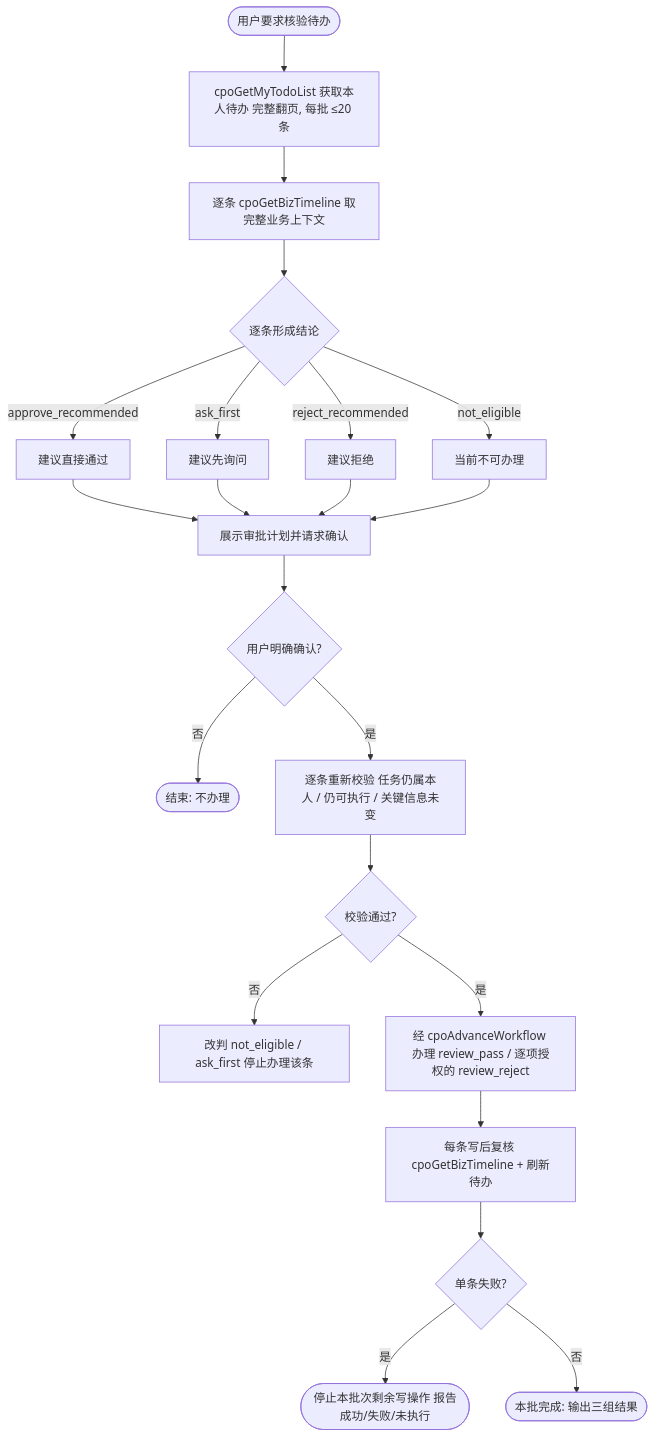
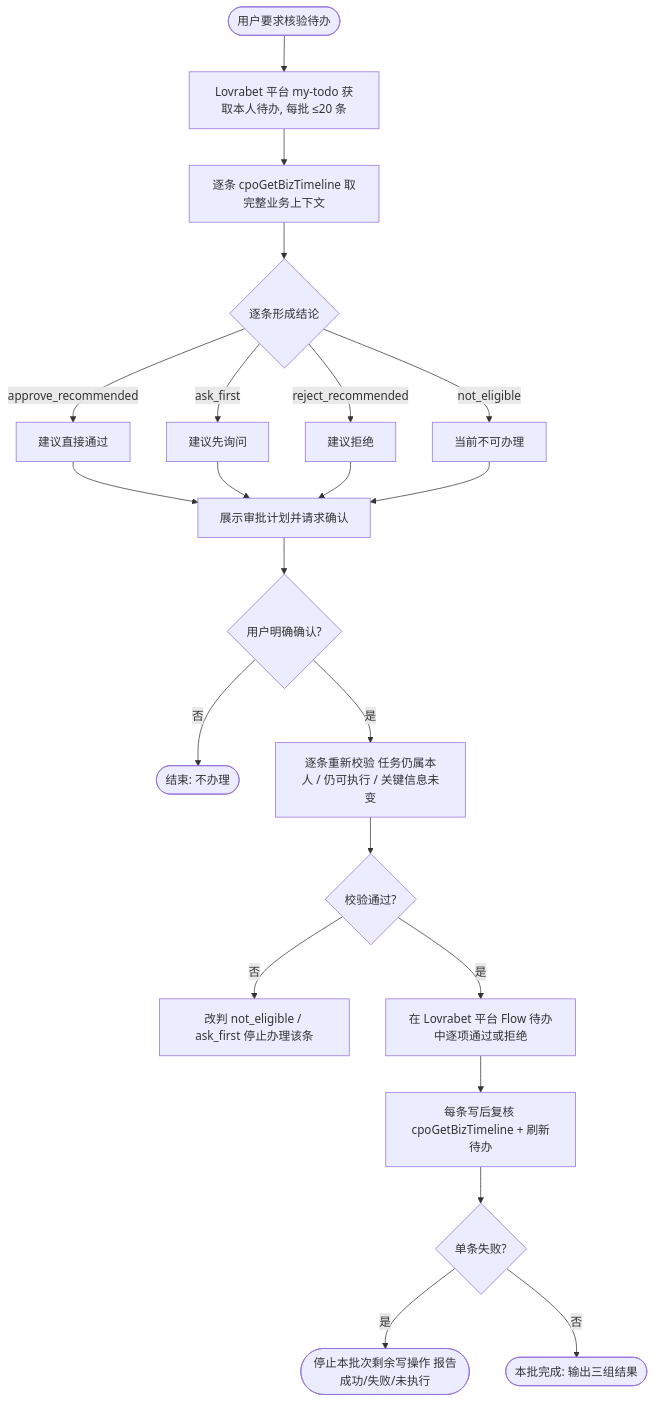
Before and after one commit to lovrabet/ei-demo: the diagram in .agents/skills/cpo-batch-workflow-approval/SKILL.md, drawn with Mermaid. The commit also changed other lines of this file and 182 other files, not shown here.

First line of the commit message:
feat(审批应用): 统一平台 Flow 与 Policy 权限体系

````diff
--- a/.agents/skills/cpo-batch-workflow-approval/SKILL.md
+++ b/.agents/skills/cpo-batch-workflow-approval/SKILL.md
@@ -22,24 +22,24 @@
 ```mermaid
 flowchart TD
-  Start([用户要求核验待办]) --> P1[cpoGetMyTodoList 获取本人待办 完整翻页, 每批 ≤20 条]
+  Start([用户要求核验待办]) --> P1[Lovrabet 平台 my-todo 获取本人待办, 每批 ≤20 条]
   P1 --> P2[逐条 cpoGetBizTimeline 取完整业务上下文]
   P2 --> P3{逐条形成结论}
   P3 -- approve_recommended --> C1[建议直接通过]
   P3 -- ask_first --> C2[建议先询问]
   P3 -- reject_recommended --> C3[建议拒绝]
   P3 -- not_eligible --> C4[当前不可办理]
   C1 --> P4[展示审批计划并请求确认]
   C2 --> P4
   C3 --> P4
   C4 --> P4
   P4 --> P5{用户明确确认?}
   P5 -- 否 --> E1([结束: 不办理])
   P5 -- 是 --> P6[逐条重新校验 任务仍属本人 / 仍可执行 / 关键信息未变]
   P6 --> P7{校验通过?}
   P7 -- 否 --> P8[改判 not_eligible / ask_first 停止办理该条]
-  P7 -- 是 --> P9[经 cpoAdvanceWorkflow 办理 review_pass / 逐项授权的 review_reject]
+  P7 -- 是 --> P9[在 Lovrabet 平台 Flow 待办中逐项通过或拒绝]
   P9 --> P10[每条写后复核 cpoGetBizTimeline + 刷新待办]
   P10 --> P11{单条失败?}
   P11 -- 是 --> Stop([停止本批次剩余写操作 报告成功/失败/未执行])
   P11 -- 否 --> E2([本批完成: 输出三组结果])
 ```
````
